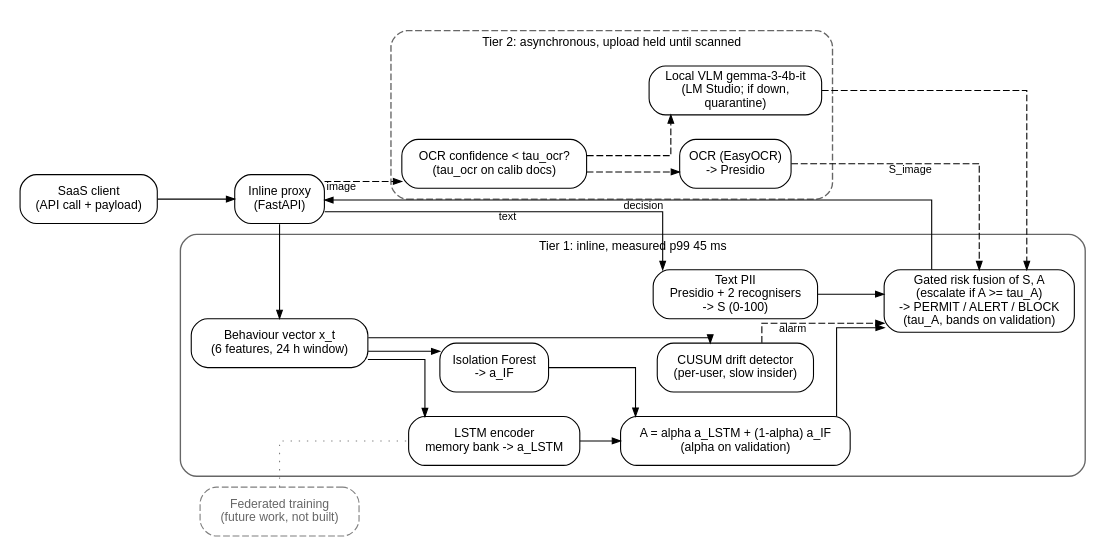
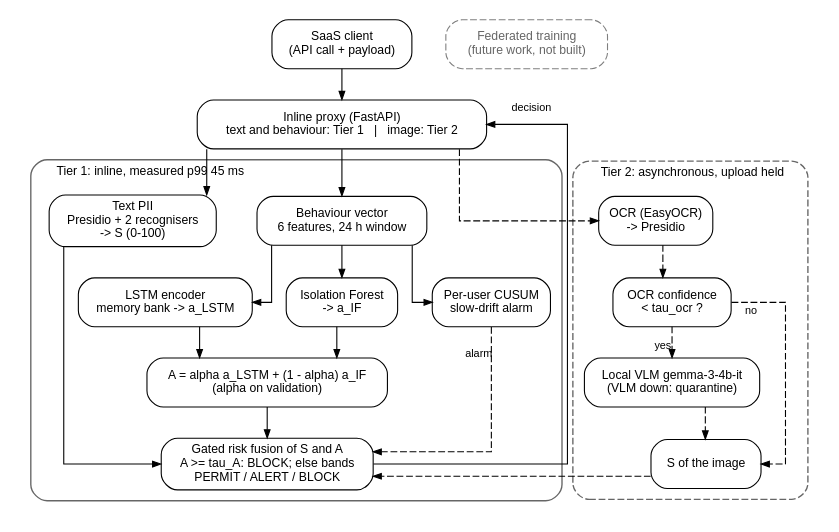
One commit to HashirAhmad-dev/Hybrid-SaaS-Research changed the diagram in figures/architecture.dot. Above: the diagram before and after it, drawn with Graphviz. The commit also changed 21 other files, not shown here.

Commit message:
F4: paired bootstrap for AP (hybrid minus IF 0.026 [0.013, 0.037]) and fusion forms (gated minus multiplicative recall 0.053 [0.033, 0.079]); CUSUM claim reports 20.3% burst alarms. F8: architecture without crossings, legends and notes off the data, VLM-only points on the Pareto plot

```diff
--- a/figures/architecture.dot
+++ b/figures/architecture.dot
@@ -1,40 +1,52 @@
-// HybridSaaS-Sec architecture as evaluated (paper-v2). Editable source for Figure 1.
-// Render: tools/render_figures.py (Graphviz dot -> PDF and SVG). Dashed = not built / future work.
+// HybridSaaS-Sec architecture as evaluated and deployed (paper-v2). Editable source for Figure 1.
+// Render: tools/render_figures.py (Graphviz dot -> PDF and SVG). Dashed = asynchronous path; dotted grey = not built.
+// Layout (F8): top to bottom, one column per tier, every edge points down except the single decision return,
+// edge labels sit on their own nodes' sides, so no edge crosses another and no label overlaps a box.
 digraph hybridsaas {
-  graph [rankdir=LR, fontname="Helvetica", fontsize=10, nodesep=0.25, ranksep=0.35, splines=ortho, pad=0.1];
-  node  [shape=box, style="rounded", fontname="Helvetica", fontsize=9, margin="0.08,0.04", penwidth=0.8];
+  graph [rankdir=TB, fontname="Helvetica", fontsize=10, nodesep=0.35, ranksep=0.32, splines=ortho, pad=0.1,
+         newrank=true];
+  node  [shape=box, style="rounded", fontname="Helvetica", fontsize=9, margin="0.10,0.05", penwidth=0.8];
   edge  [fontname="Helvetica", fontsize=8, arrowsize=0.6, penwidth=0.8];
 
   client [label="SaaS client\n(API call + payload)"];
-  proxy  [label="Inline proxy\n(FastAPI)", style="rounded,bold"];
+  proxy  [label="Inline proxy (FastAPI)\ntext and behaviour: Tier 1   |   image: Tier 2", style="rounded,bold"];
 
   subgraph cluster_t1 {
-    label="Tier 1: inline, measured p99 45 ms"; fontsize=9; style="rounded"; color="gray40";
+    label="Tier 1: inline, measured p99 45 ms"; labeljust=l; fontsize=9; style="rounded"; color="gray40";
     pii   [label="Text PII\nPresidio + 2 recognisers\n-> S (0-100)"];
-    beh   [label="Behaviour vector x_t\n(6 features, 24 h window)"];
+    beh   [label="Behaviour vector\n6 features, 24 h window"];
     lstm  [label="LSTM encoder\nmemory bank -> a_LSTM"];
     ifor  [label="Isolation Forest\n-> a_IF"];
-    fuse  [label="A = alpha a_LSTM + (1-alpha) a_IF\n(alpha on validation)"];
-    drift [label="CUSUM drift detector\n(per-user, slow insider)"];
-    sbrs  [label="Gated risk fusion of S, A\n(escalate if A >= tau_A)\n-> PERMIT / ALERT / BLOCK\n(tau_A, bands on validation)"];
+    drift [label="Per-user CUSUM\nslow-drift alarm"];
+    fuse  [label="A = alpha a_LSTM + (1 - alpha) a_IF\n(alpha on validation)"];
+    sbrs  [label="Gated risk fusion of S and A\nA >= tau_A: BLOCK; else bands\nPERMIT / ALERT / BLOCK", style="rounded,bold"];
   }
   subgraph cluster_t2 {
-    label="Tier 2: asynchronous, upload held until scanned"; fontsize=9; style="rounded,dashed"; color="gray40";
-    ocr  [label="OCR (EasyOCR)\n-> Presidio"];
-    vlm  [label="Local VLM gemma-3-4b-it\n(LM Studio; if down,\nquarantine)"];
-    route[label="OCR confidence < tau_ocr?\n(tau_ocr on calib docs)"];
+    label="Tier 2: asynchronous, upload held"; labeljust=r; fontsize=9; style="rounded,dashed"; color="gray40";
+    ocr   [label="OCR (EasyOCR)\n-> Presidio"];
+    route [label="OCR confidence\n< tau_ocr ?"];
+    vlm   [label="Local VLM gemma-3-4b-it\n(VLM down: quarantine)"];
+    s_img [label="S of the image"];
   }
   fl [label="Federated training\n(future work, not built)", style="rounded,dashed", fontcolor="gray40", color="gray50"];
 
+  { rank=same; pii; beh; ocr; }
+  { rank=same; lstm; ifor; drift; route; }
+
   client -> proxy;
-  proxy -> pii   [xlabel="text"];
+  proxy -> pii;
   proxy -> beh;
+  proxy -> ocr [style=dashed];
   beh -> lstm; beh -> ifor; beh -> drift;
   lstm -> fuse; ifor -> fuse;
-  pii -> sbrs; fuse -> sbrs; drift -> sbrs [style=dashed, xlabel="alarm"];
-  proxy -> route [xlabel="image", style=dashed];
-  route -> ocr [style=dashed]; route -> vlm [style=dashed];
-  ocr -> sbrs [style=dashed, xlabel="S_image"]; vlm -> sbrs [style=dashed];
-  sbrs -> proxy [xlabel="decision"];
-  fl -> lstm [style=dotted, color="gray50", arrowhead=none];
+  fuse -> sbrs;
+  pii -> sbrs;
+  drift -> sbrs:ne [style=dashed, taillabel="alarm", labeldistance=2.2];
+  ocr -> route [style=dashed];
+  route -> vlm [style=dashed, taillabel="yes", labeldistance=1.6];
+  route -> s_img [style=dashed, taillabel="no", labeldistance=1.6];
+  vlm -> s_img [style=dashed];
+  s_img -> sbrs:e [style=dashed, constraint=false];
+  sbrs -> proxy [constraint=false, headlabel="decision", labeldistance=3.5, labelangle=20];
+  { rank=same; sbrs; s_img; }
 }
```
